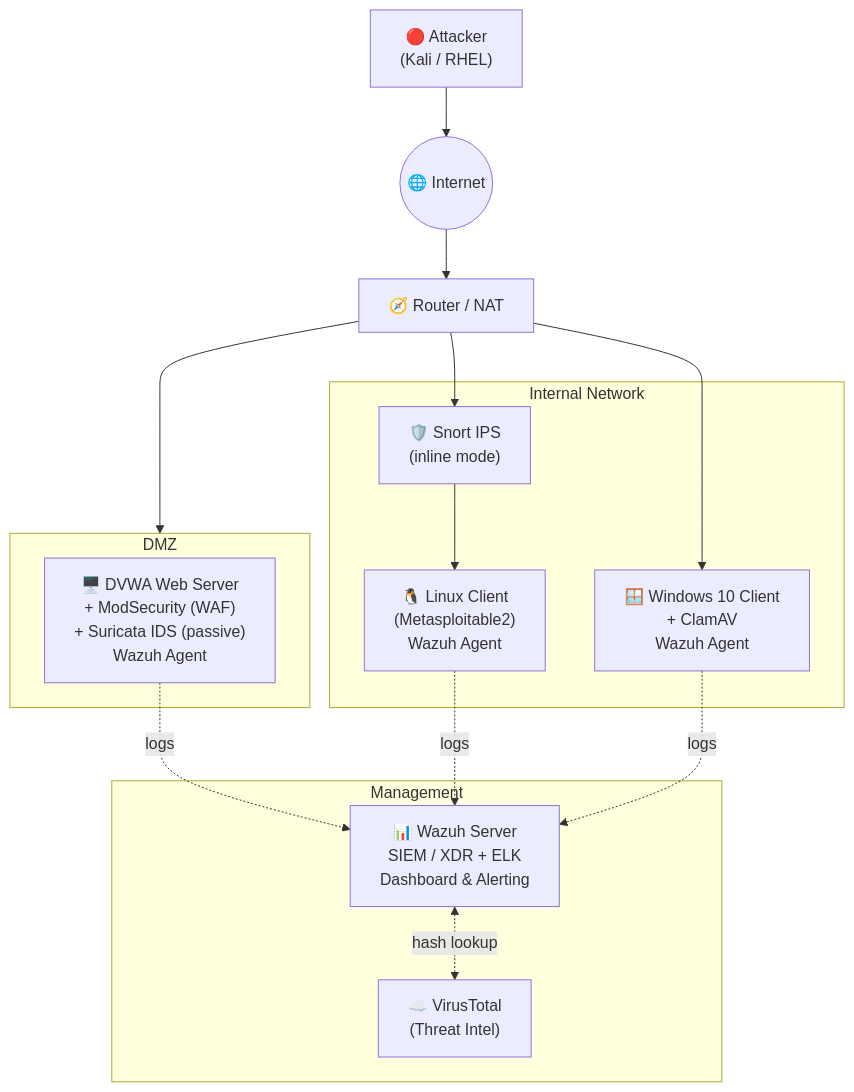
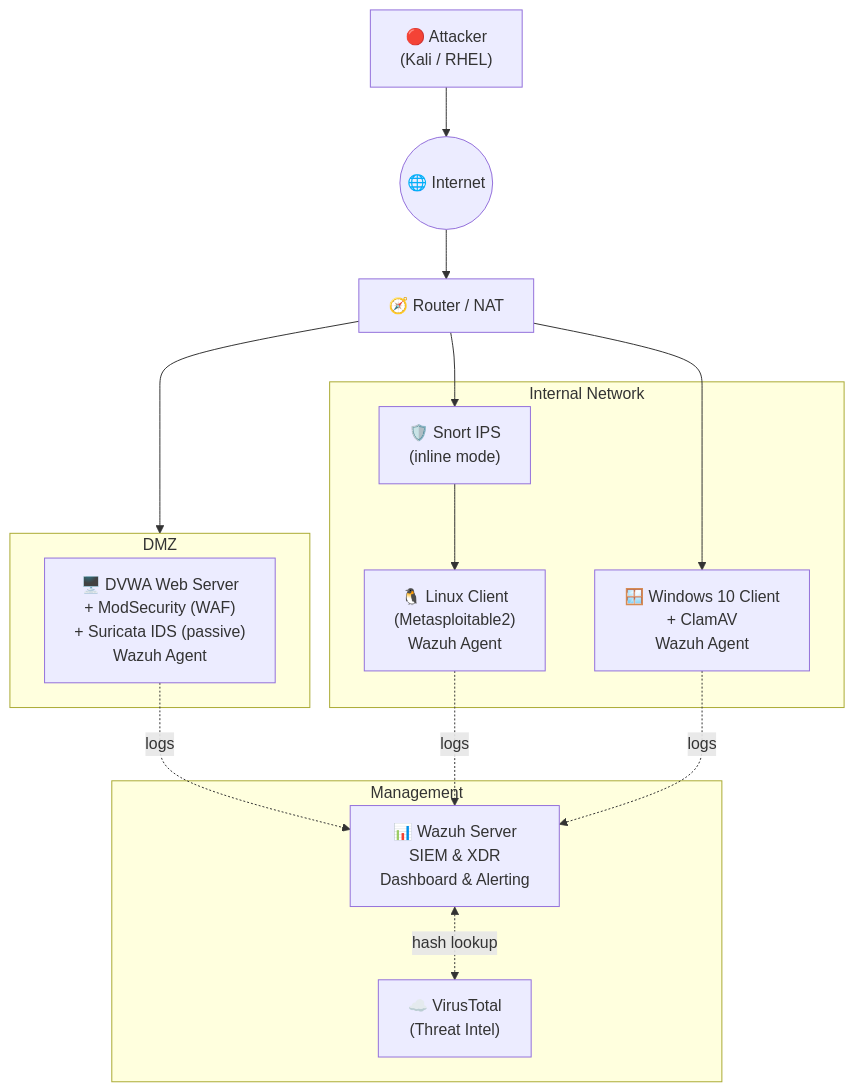
Before and after one commit to hoangphuc2409/MajorProject: the diagram in README.md, drawn with Mermaid. The commit also changed other lines of this file, not shown here.

````diff
--- a/README.md
+++ b/README.md
@@ -45,31 +45,31 @@
 ```mermaid
 flowchart TB
     ATT["🔴 Attacker<br/>(Kali / RHEL)"]
     NET(("🌐 Internet"))
     ATT --> NET
     NET --> RT["🧭 Router / NAT"]
 
     subgraph DMZ["DMZ"]
         DVWA["🖥️ DVWA Web Server<br/>+ ModSecurity (WAF)<br/>+ Suricata IDS (passive)<br/>Wazuh Agent"]
     end
 
     subgraph LAN["Internal Network"]
         SNORT["🛡️ Snort IPS<br/>(inline mode)"]
         LIN["🐧 Linux Client<br/>(Metasploitable2)<br/>Wazuh Agent"]
         WIN["🪟 Windows 10 Client<br/>+ ClamAV<br/>Wazuh Agent"]
         SNORT --> LIN
     end
 
     subgraph MGMT["Management"]
-        WZ["📊 Wazuh Server<br/>SIEM / XDR + ELK<br/>Dashboard & Alerting"]
+        WZ["📊 Wazuh Server<br/>SIEM & XDR<br/>Dashboard & Alerting"]
         VT["☁️ VirusTotal<br/>(Threat Intel)"]
     end
 
     RT --> DMZ
     RT --> SNORT
     RT --> WIN
     DVWA -. logs .-> WZ
     LIN -. logs .-> WZ
     WIN -. logs .-> WZ
     WZ <-. hash lookup .-> VT
 ```
````
